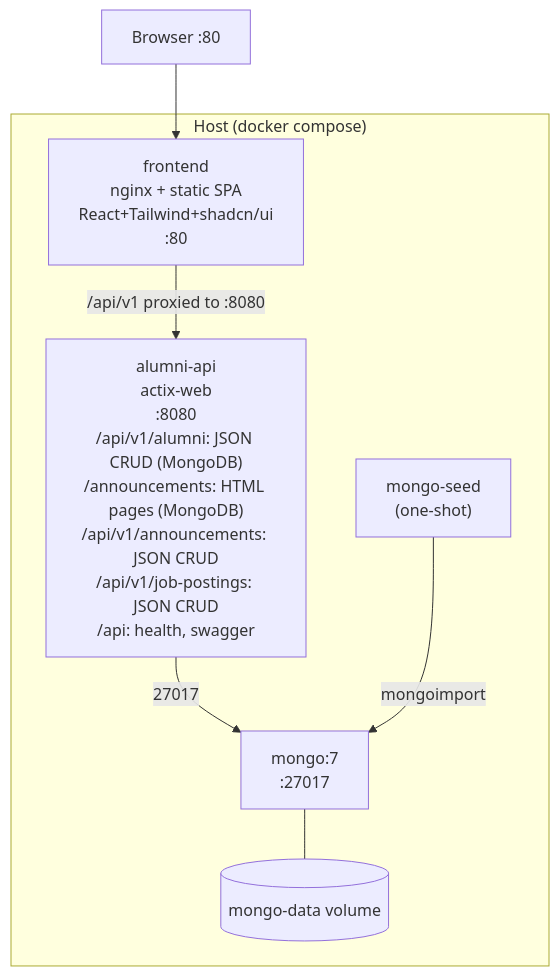
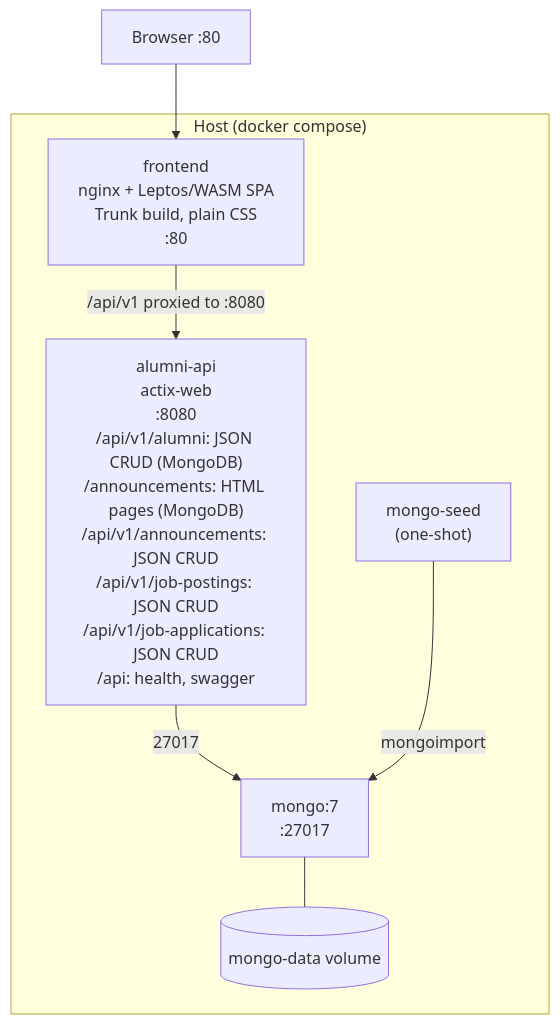
The diagram in docs/architecture/container.mmd (Berbadov/alumni), drawn with Mermaid before and after one commit. The commit also changed 59 other files, not shown here.

Commit message:
feat: add job applications and Leptos frontend

```diff
--- a/docs/architecture/container.mmd
+++ b/docs/architecture/container.mmd
@@ -1,15 +1,15 @@
 %% Docker compose containers, ports and volumes
 flowchart TB
     subgraph Host["Host (docker compose)"]
-        FE["frontend\nnginx + static SPA\nReact+Tailwind+shadcn/ui\n:80"]
-        API["alumni-api\nactix-web\n:8080\n/api/v1/alumni: JSON CRUD (MongoDB)\n/announcements: HTML pages (MongoDB)\n/api/v1/announcements: JSON CRUD\n/api/v1/job-postings: JSON CRUD\n/api: health, swagger"]
+        FE["frontend\nnginx + Leptos/WASM SPA\nTrunk build, plain CSS\n:80"]
+        API["alumni-api\nactix-web\n:8080\n/api/v1/alumni: JSON CRUD (MongoDB)\n/announcements: HTML pages (MongoDB)\n/api/v1/announcements: JSON CRUD\n/api/v1/job-postings: JSON CRUD\n/api/v1/job-applications: JSON CRUD\n/api: health, swagger"]
         Seed["mongo-seed\n(one-shot)"]
         DB["mongo:7\n:27017"]
         Vol[("mongo-data volume")]
     end
 
     Browser["Browser :80"] --> FE
     FE -->|"/api/v1 proxied to :8080"| API
     API -->|27017| DB
     Seed -->|mongoimport| DB
     DB --- Vol
```
